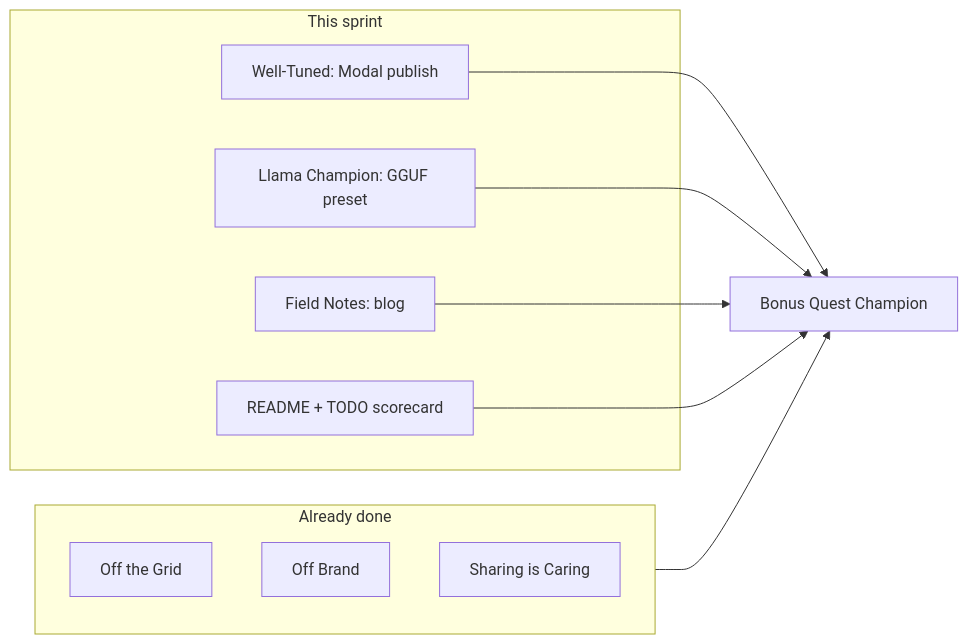
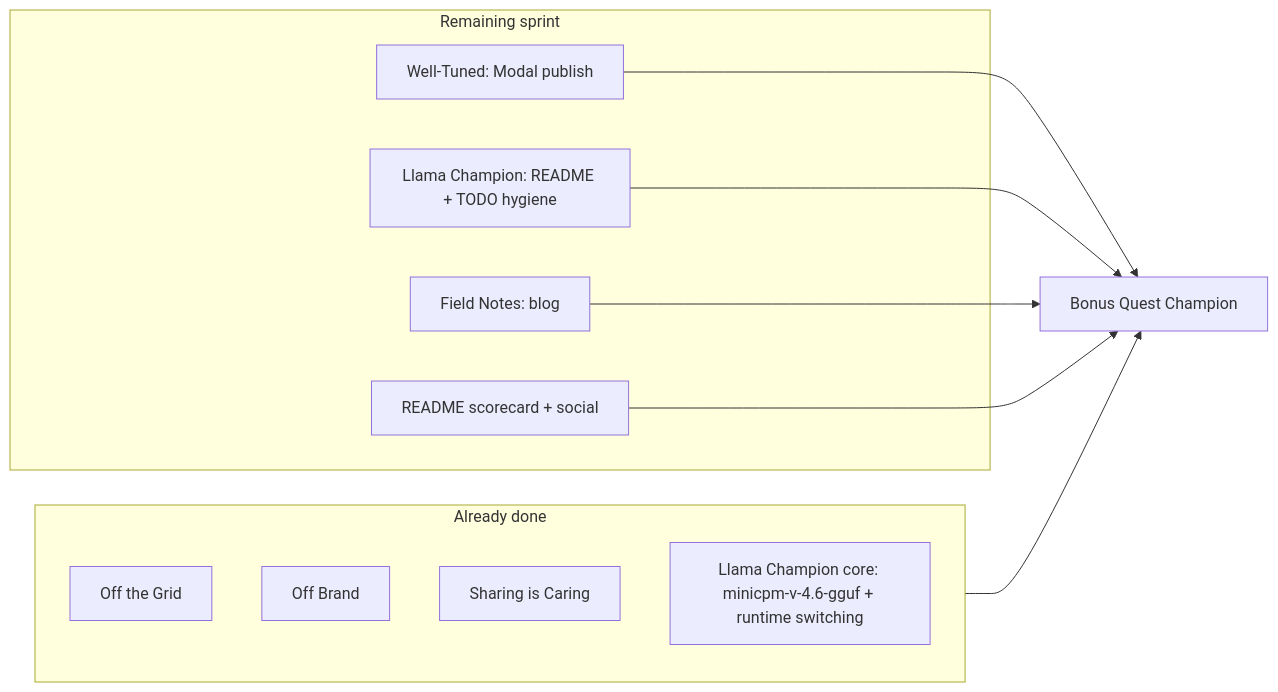
Before and after one commit to MSghais/small-model-hackathon: the diagram in .cursor/plans/todo_last_sprint_tracks_b100b17b.plan.md, drawn with Mermaid. The commit also changed other lines of this file and 4 other files, not shown here.

````diff
--- a/.cursor/plans/todo_last_sprint_tracks_b100b17b.plan.md
+++ b/.cursor/plans/todo_last_sprint_tracks_b100b17b.plan.md
@@ -30,19 +38,20 @@
 ```mermaid
 flowchart LR
   subgraph done [Already done]
     OffGrid[Off the Grid]
     OffBrand[Off Brand]
     Sharing[Sharing is Caring]
+    LlamaCore["Llama Champion core: minicpm-v-4.6-gguf + runtime switching"]
   end
-  subgraph sprint [This sprint]
+  subgraph sprint [Remaining sprint]
     WellTuned[Well-Tuned: Modal publish]
-    Llama[Llama Champion: GGUF preset]
+    LlamaDocs["Llama Champion: README + TODO hygiene"]
     FieldNotes[Field Notes: blog]
-    Hygiene[README + TODO scorecard]
+    Hygiene[README scorecard + social]
   end
   done --> Bonus[Bonus Quest Champion]
   WellTuned --> Bonus
-  Llama --> Bonus
+  LlamaDocs --> Bonus
   FieldNotes --> Bonus
   Hygiene --> Bonus
 ```
````
